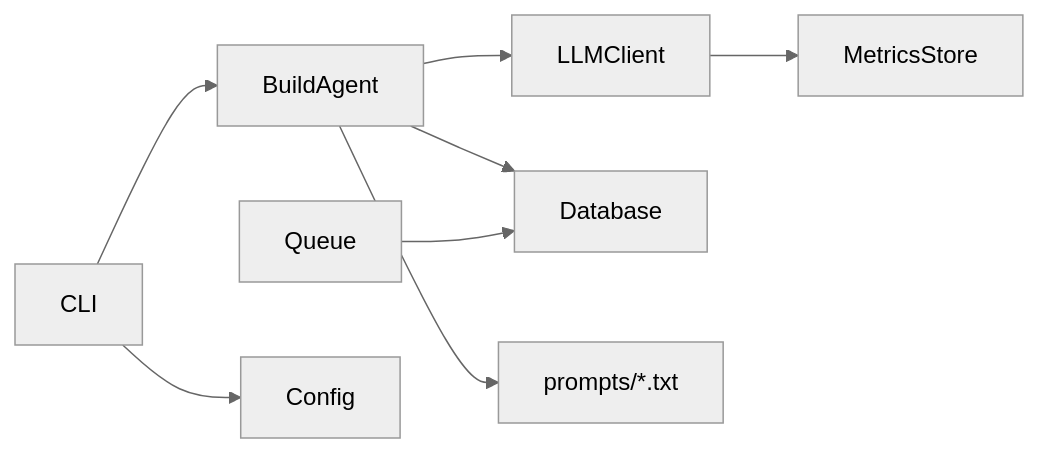
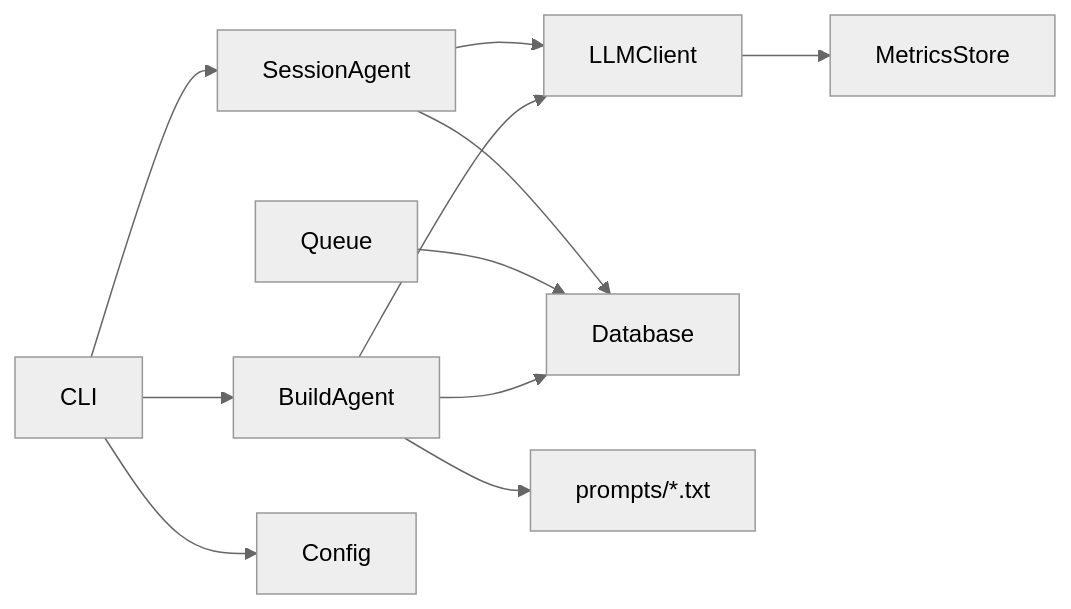
The seventh of 7 diagrams in .qoder/repowiki/zh/content/知识抽取系统/LLM 代理系统.md (UynajGI/drbrain), drawn with Mermaid (neutral theme) before and after one commit. The commit also changed other lines of this file and 6 other files, not shown here.

````diff
--- a/.qoder/repowiki/zh/content/知识抽取系统/LLM 代理系统.md
+++ b/.qoder/repowiki/zh/content/知识抽取系统/LLM 代理系统.md
@@ -293,10 +370,13 @@
 ```mermaid
 graph LR
 Agent["BuildAgent"] --> LLM["LLMClient"]
 Agent --> DB["Database"]
 Agent --> Prompts["prompts/*.txt"]
 LLM --> Metrics["MetricsStore"]
 Queue["Queue"] --> DB
+Session["SessionAgent"] --> LLM
+Session --> DB
 CLI["CLI"] --> Config["Config"]
 CLI --> Agent
+CLI --> Session
 ```
````
